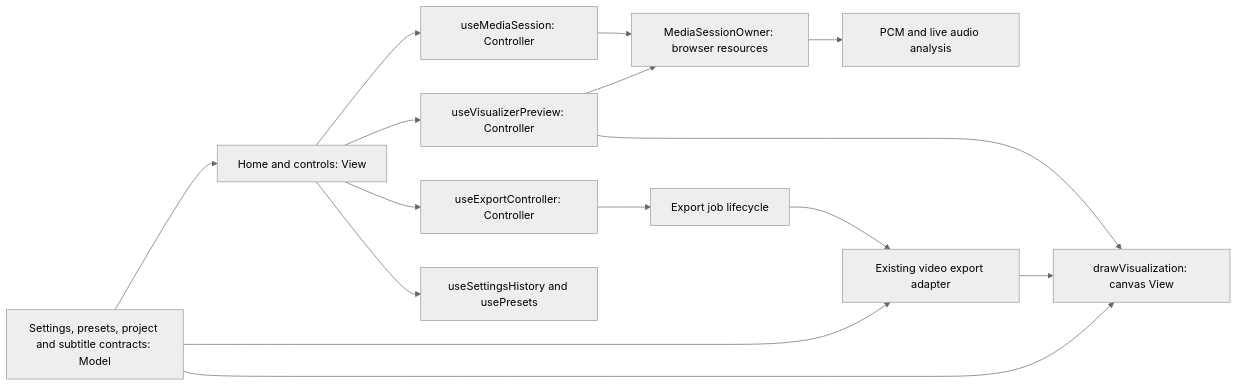
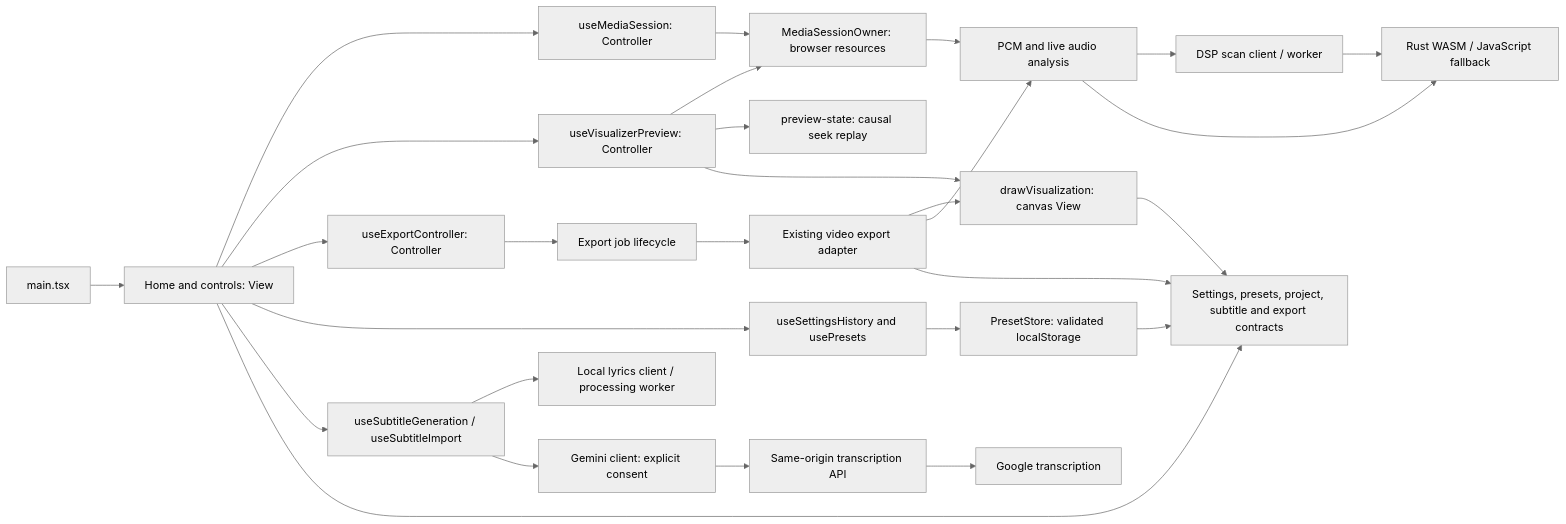
The diagram in docs/architecture.md (ervin-sungkono/pulseframe), drawn with Mermaid (neutral theme) before and after one commit. The commit also changed other lines of this file and 1 other file, not shown here.

Commit message:
docs: record architecture review and verified regression results

````diff
--- a/docs/architecture.md
+++ b/docs/architecture.md
@@ -8,17 +8,30 @@
 ```mermaid
 flowchart LR
+  Entry[main.tsx] --> UI
   UI[Home and controls: View] --> Media[useMediaSession: Controller]
   UI --> Preview[useVisualizerPreview: Controller]
   UI --> Export[useExportController: Controller]
   UI --> History[useSettingsHistory and usePresets]
+  UI --> Subtitles[useSubtitleGeneration / useSubtitleImport]
   Media --> Session[MediaSessionOwner: browser resources]
   Session --> Analysis[PCM and live audio analysis]
+  Analysis --> Scan[DSP scan client / worker]
+  Analysis --> DSP[Rust WASM / JavaScript fallback]
+  Scan --> DSP
   Preview --> Session
+  Preview --> Replay[preview-state: causal seek replay]
   Preview --> Renderer[drawVisualization: canvas View]
   Export --> Job[Export job lifecycle]
   Job --> Encoder[Existing video export adapter]
   Encoder --> Renderer
-  Contracts[Settings, presets, project and subtitle contracts: Model] --> UI
-  Contracts --> Renderer
-  Contracts --> Encoder
+  Encoder --> Analysis
+  History --> Persistence[PresetStore: validated localStorage]
+  Subtitles --> Local[Local lyrics client / processing worker]
+  Subtitles --> Cloud[Gemini client: explicit consent]
+  Cloud --> API[Same-origin transcription API]
+  API --> Google[Google transcription]
+  UI --> Contracts[Settings, presets, project, subtitle and export contracts]
+  Renderer --> Contracts
+  Encoder --> Contracts
+  Persistence --> Contracts
 ```
````
